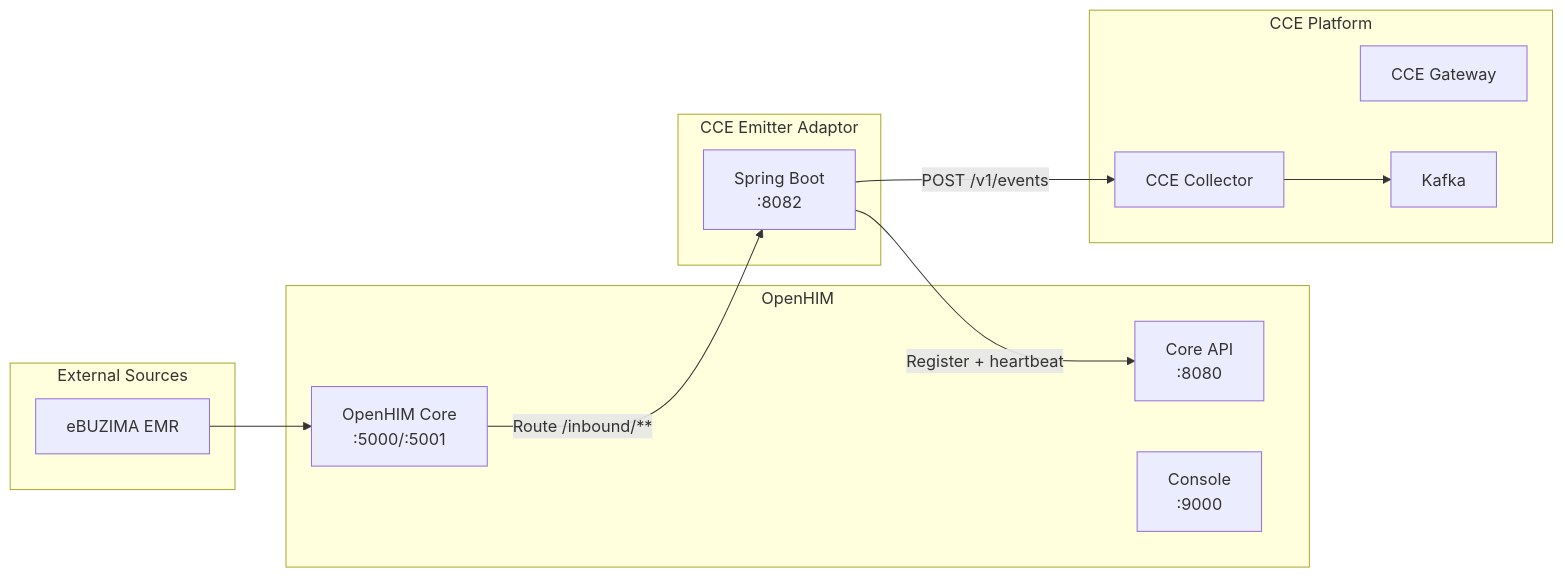
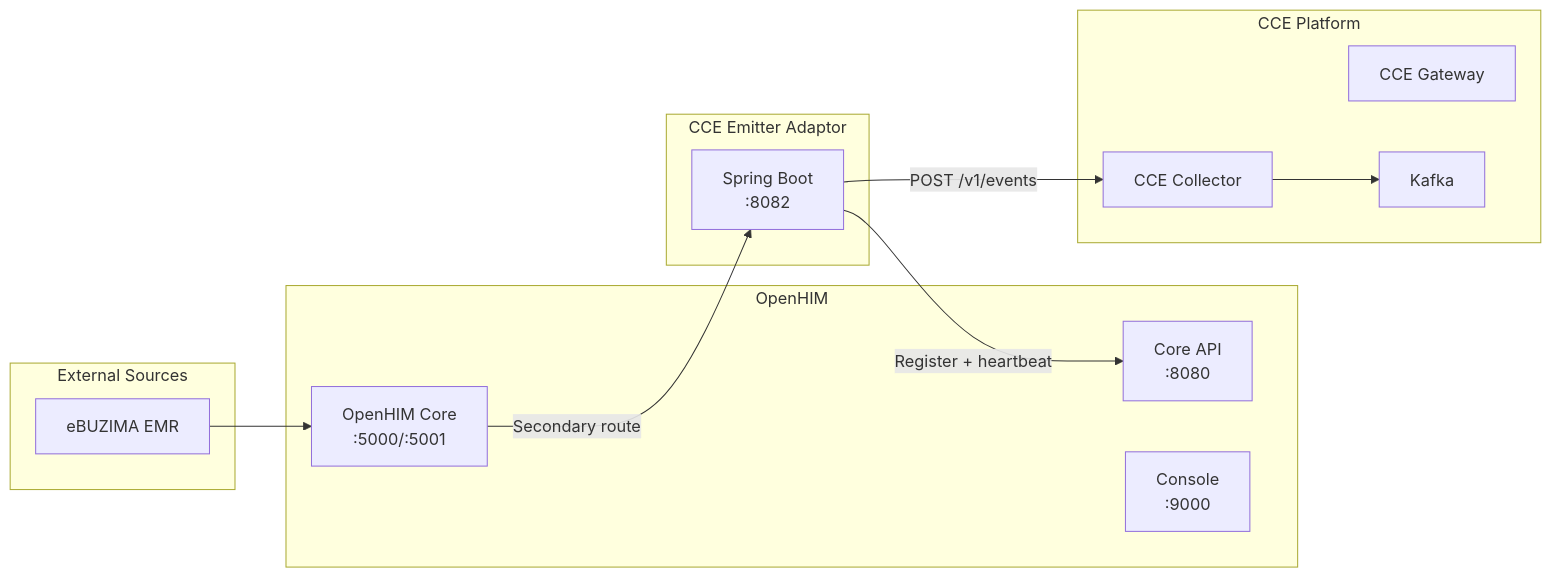
The ninth of 9 diagrams in docs/flow-diagrams.md (Jayaprakash8887/openhim-cce-emitter-adaptor), drawn with Mermaid before and after one commit. The commit also changed other lines of this file and 5 other files, not shown here.

````diff
--- a/docs/flow-diagrams.md
+++ b/docs/flow-diagrams.md
@@ -320,29 +321,29 @@
 ```mermaid
 flowchart LR
     subgraph "External Sources"
         A2[eBUZIMA EMR]
     end
 
     subgraph "OpenHIM"
         OHC[OpenHIM Core<br/>:5000/:5001]
         OHC_API[Core API<br/>:8080]
         OHC_CON[Console<br/>:9000]
     end
 
     subgraph "CCE Emitter Adaptor"
         EA[Spring Boot<br/>:8082]
     end
 
     subgraph "CCE Platform"
         GW[CCE Gateway]
         COL[CCE Collector]
         KAFKA[Kafka]
     end
 
     A2 --> OHC
 
-    OHC -->|"Route /inbound/**"| EA
+    OHC -->|"Secondary route"| EA
     EA -->|"Register + heartbeat"| OHC_API
     EA -->|"POST /v1/events"| COL
     COL --> KAFKA
 ```
````
